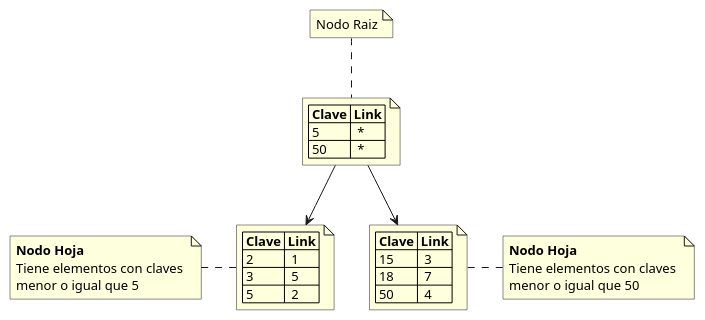
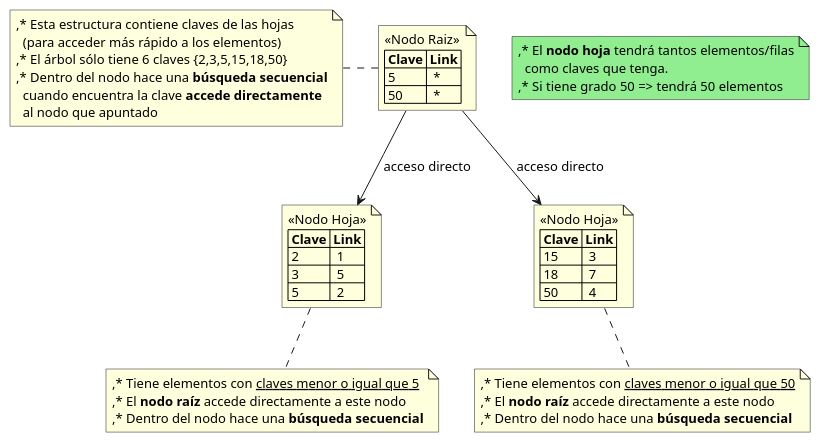
Before and after one commit to manu-utn/bitacora-gestion-de-datos: the fourth of 6 diagrams in clases/reinosa/clase4.org, drawn with PlantUML. The commit also changed other lines of this file and 8 other files, not shown here.

```diff
--- a/clases/reinosa/clase4.org
+++ b/clases/reinosa/clase4.org
@@ -330,31 +439,74 @@
    #+BEGIN_SRC plantuml :file img/btree-1.png :exports results
      @startuml
+     'skinparam defaultTextAlignment center
+
      note as nodoRaiz
+     <<Nodo Raiz>>
      |= Clave |= Link |
      | 5  |  * |
      | 50 |  * |
      end note
 
 
      note as nodoHojaIzq
+     <<Nodo Hoja>>
      |= Clave |= Link |
      | 2 |  1 |
      | 3 |  5 |
      | 5 |  2 |
      end note
 
      note as nodoHojaDer
+     <<Nodo Hoja>>
      |= Clave |= Link |
      | 15 |  3 |
      | 18 |  7 |
      | 50 |  4 |
      end note
 
-     nodoRaiz-d->nodoHojaDer
-     nodoRaiz-d->nodoHojaIzq
 
-     note top of nodoRaiz : Nodo Raiz
-     note left of nodoHojaIzq: **Nodo Hoja** \nTiene elementos con claves \nmenor o igual que 5
-     note right of nodoHojaDer: **Nodo Hoja** \nTiene elementos con claves \nmenor o igual que 50
+     '================
+     '==== NOTAS =====
+     '================
+
+     note as N1
+     ,* Tiene elementos con __claves menor o igual que 50__
+     ,* El **nodo raíz** accede directamente a este nodo
+     ,* Dentro del nodo hace una **búsqueda secuencial**
+     end note
+
+     note as N2
+     ,* Tiene elementos con __claves menor o igual que 5__
+     ,* El **nodo raíz** accede directamente a este nodo
+     ,* Dentro del nodo hace una **búsqueda secuencial**
+     end note
+
+
+     note as N3 #lightgreen
+     ,* El **nodo hoja** tendrá tantos elementos/filas
+       como claves que tenga.
+     ,* Si tiene grado 50 => tendrá 50 elementos
+     end note
+
+     note as N4
+     ,* Esta estructura contiene claves de las hojas
+       (para acceder más rápido a los elementos)
+     ,* El árbol sólo tiene 6 claves {2,3,5,15,18,50}
+     ,* Dentro del nodo hace una **búsqueda secuencial**
+       cuando encuentra la clave **accede directamente**
+       al nodo que apuntado
+     end note
+
+     '================
+     '== RELACIONES ==
+     '================
+
+     nodoRaiz -down-> nodoHojaDer : acceso directo
+     nodoRaiz -down-> nodoHojaIzq : acceso directo
+
+     N1      .up.  nodoHojaDer
+     N2      .up.   nodoHojaIzq
+     N4      .right. nodoRaiz
+
      @enduml
    #+END_SRC
```
